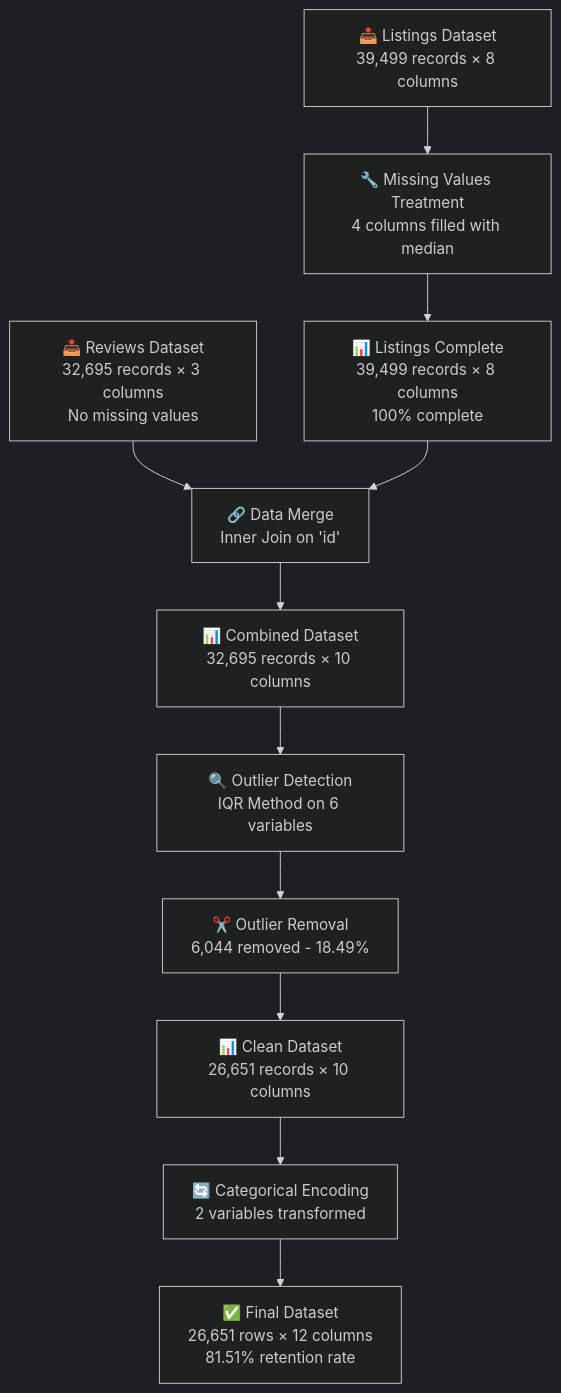
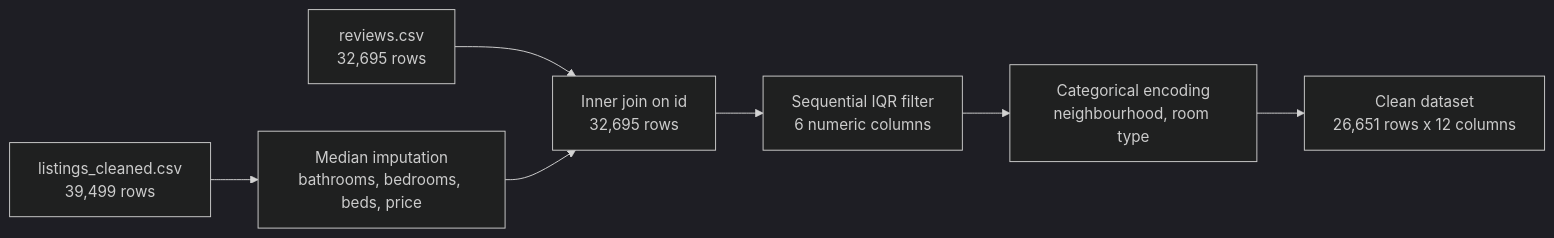
One commit to Laurentius96/Organizing_and_analyzing_Airbnb_data changed the diagram in README.md. Above: the diagram before and after it, drawn with Mermaid (dark theme). The commit also changed other lines of this file and 2 other files, not shown here.

````diff
--- a/README.md
+++ b/README.md
@@ -83,13 +84,9 @@
 ```mermaid
-graph TD
-    A[📥 Listings Dataset<br/>39,499 records × 8 columns] --> B[🔧 Missing Values Treatment<br/>4 columns filled with median]
-    B --> C[📊 Listings Complete<br/>39,499 records × 8 columns<br/>100% complete]
-    D[📥 Reviews Dataset<br/>32,695 records × 3 columns<br/>No missing values] --> E[🔗 Data Merge<br/>Inner Join on 'id']
-    C --> E
-    E --> F[📊 Combined Dataset<br/>32,695 records × 10 columns]
-    F --> G[🔍 Outlier Detection<br/>IQR Method on 6 variables]
-    G --> H[✂️ Outlier Removal<br/>6,044 removed - 18.49%]
-    H --> I[📊 Clean Dataset<br/>26,651 records × 10 columns]
-    I --> J[🔄 Categorical Encoding<br/>2 variables transformed]
-    J --> K[✅ Final Dataset<br/>26,651 rows × 12 columns<br/>81.51% retention rate]
+flowchart LR
+    A[listings_cleaned.csv<br/>39,499 rows] --> C[Median imputation<br/>bathrooms, bedrooms, beds, price]
+    B[reviews.csv<br/>32,695 rows] --> D
+    C --> D[Inner join on id<br/>32,695 rows]
+    D --> E[Sequential IQR filter<br/>6 numeric columns]
+    E --> F[Categorical encoding<br/>neighbourhood, room type]
+    F --> G[Clean dataset<br/>26,651 rows x 12 columns]
 ```
````
